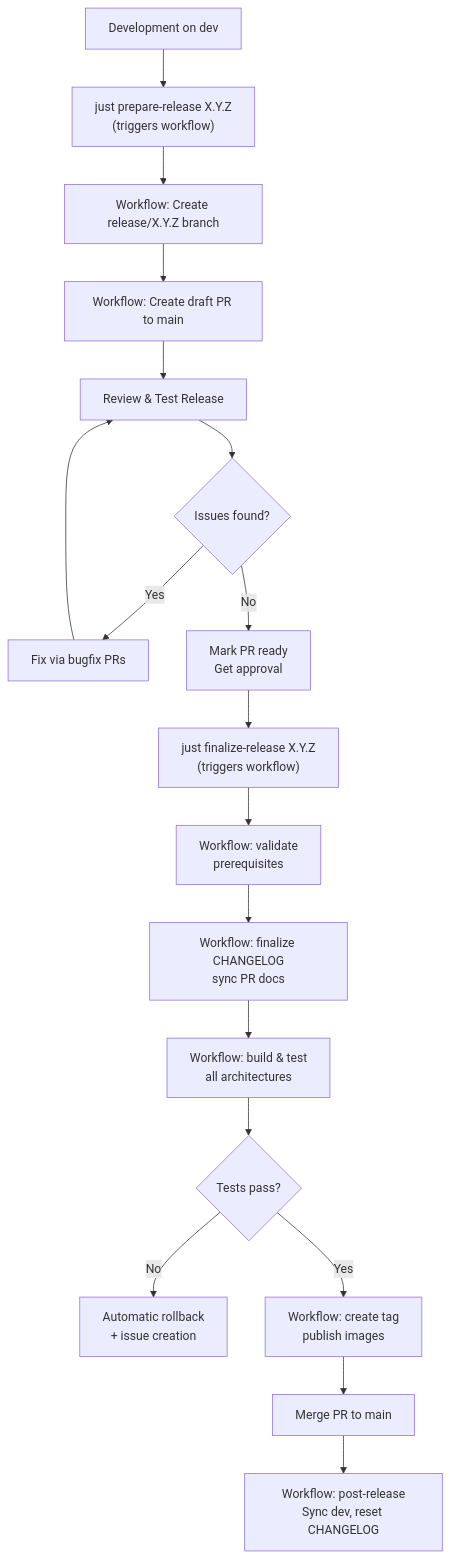
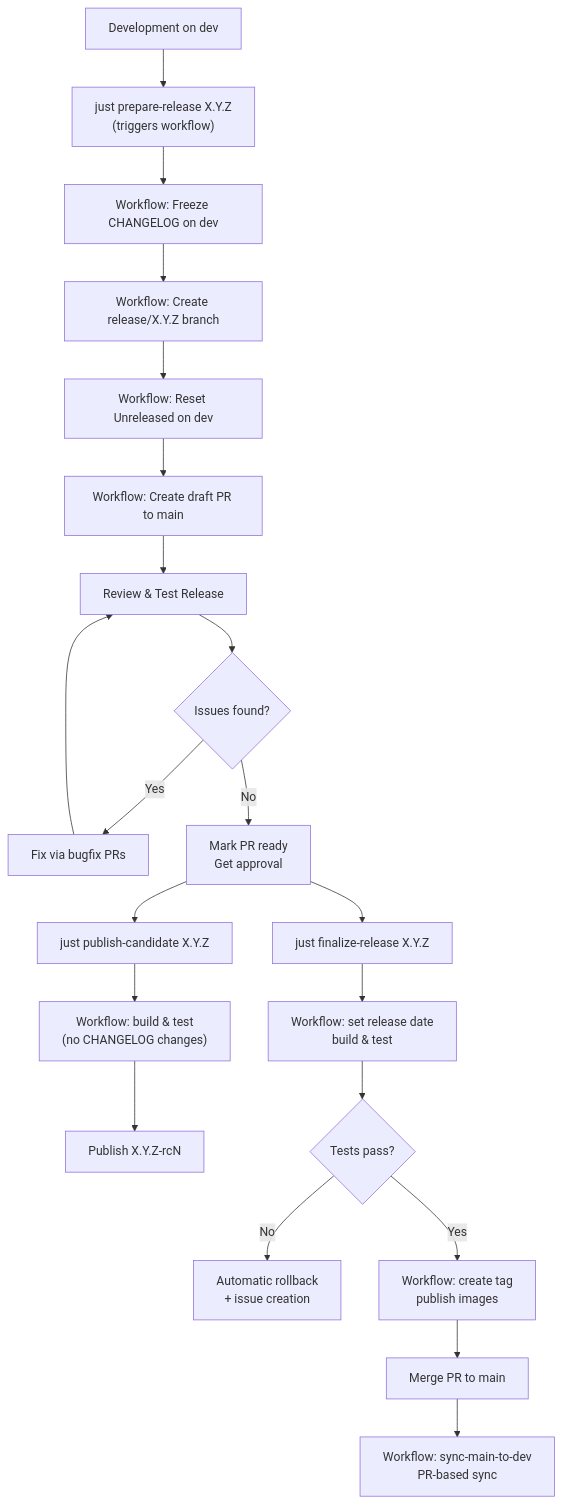
Before and after one commit to vig-os/devcontainer: the second of 2 diagrams in docs/RELEASE_CYCLE.md, drawn with Mermaid. The commit also changed other lines of this file and 10 other files, not shown here.

First line of the commit message:
feat: redesign release CHANGELOG flow and replace post-release with PR-based sync

````diff
--- a/docs/RELEASE_CYCLE.md
+++ b/docs/RELEASE_CYCLE.md
@@ -106,20 +106,23 @@
 ```mermaid
 graph TB
     A["Development on dev"] --> B["just prepare-release X.Y.Z<br/>(triggers workflow)"]
-    B --> C["Workflow: Create release/X.Y.Z branch"]
-    C --> D["Workflow: Create draft PR to main"]
-    D --> E["Review & Test Release"]
-    E --> F{Issues found?}
-    F -->|Yes| G["Fix via bugfix PRs"]
-    G --> E
-    F -->|No| H["Mark PR ready<br/>Get approval"]
-    H --> I["just finalize-release X.Y.Z<br/>(triggers workflow)"]
-    I --> J["Workflow: validate<br/>prerequisites"]
-    J --> K["Workflow: finalize CHANGELOG<br/>sync PR docs"]
-    K --> L["Workflow: build & test<br/>all architectures"]
-    L --> M{Tests pass?}
-    M -->|No| N["Automatic rollback<br/>+ issue creation"]
-    M -->|Yes| O["Workflow: create tag<br/>publish images"]
-    O --> P["Merge PR to main"]
-    P --> Q["Workflow: post-release<br/>Sync dev, reset CHANGELOG"]
+    B --> C["Workflow: Freeze CHANGELOG on dev"]
+    C --> D["Workflow: Create release/X.Y.Z branch"]
+    D --> E["Workflow: Reset Unreleased on dev"]
+    E --> F["Workflow: Create draft PR to main"]
+    F --> G["Review & Test Release"]
+    G --> H{Issues found?}
+    H -->|Yes| I["Fix via bugfix PRs"]
+    I --> G
+    H -->|No| J["Mark PR ready<br/>Get approval"]
+    J --> K["just publish-candidate X.Y.Z"]
+    K --> L["Workflow: build & test<br/>(no CHANGELOG changes)"]
+    L --> M["Publish X.Y.Z-rcN"]
+    J --> N["just finalize-release X.Y.Z"]
+    N --> O["Workflow: set release date<br/>build & test"]
+    O --> P{Tests pass?}
+    P -->|No| Q["Automatic rollback<br/>+ issue creation"]
+    P -->|Yes| R["Workflow: create tag<br/>publish images"]
+    R --> S["Merge PR to main"]
+    S --> T["Workflow: sync-main-to-dev<br/>PR-based sync"]
 ```
````
